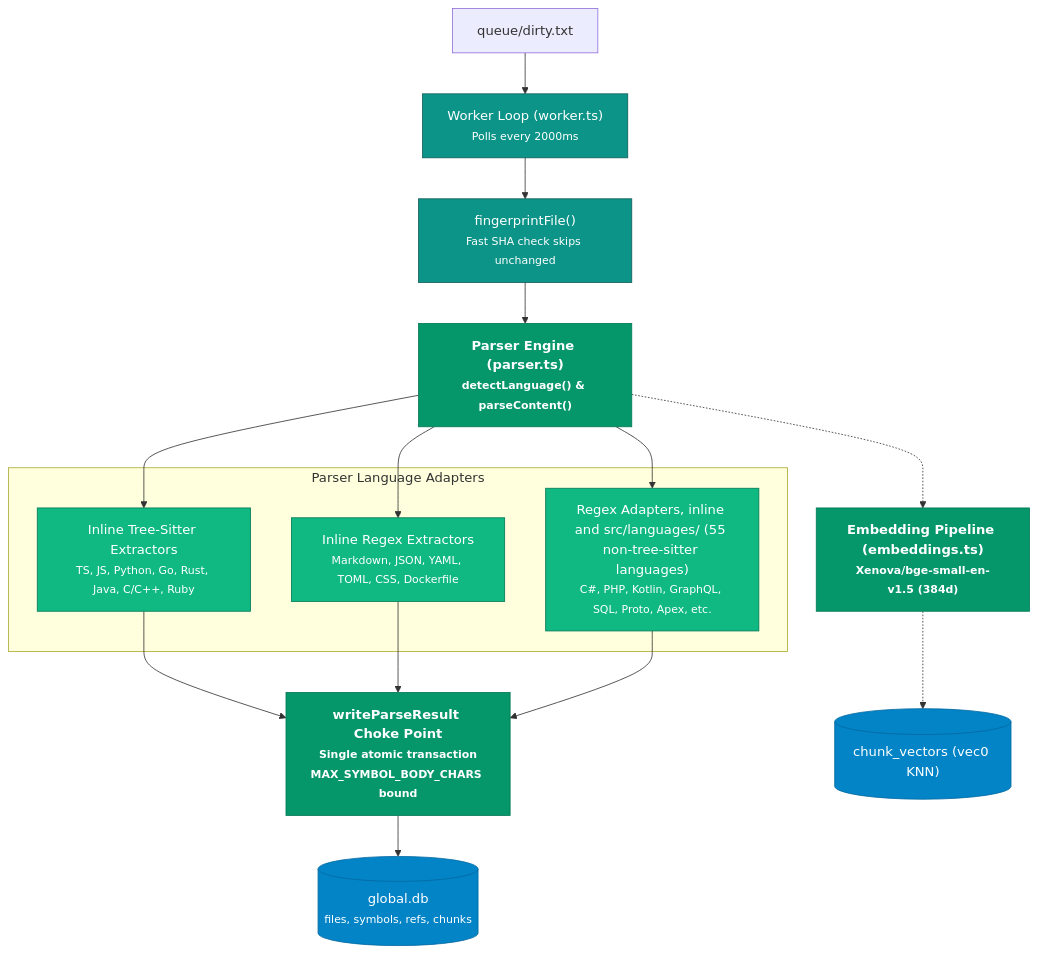
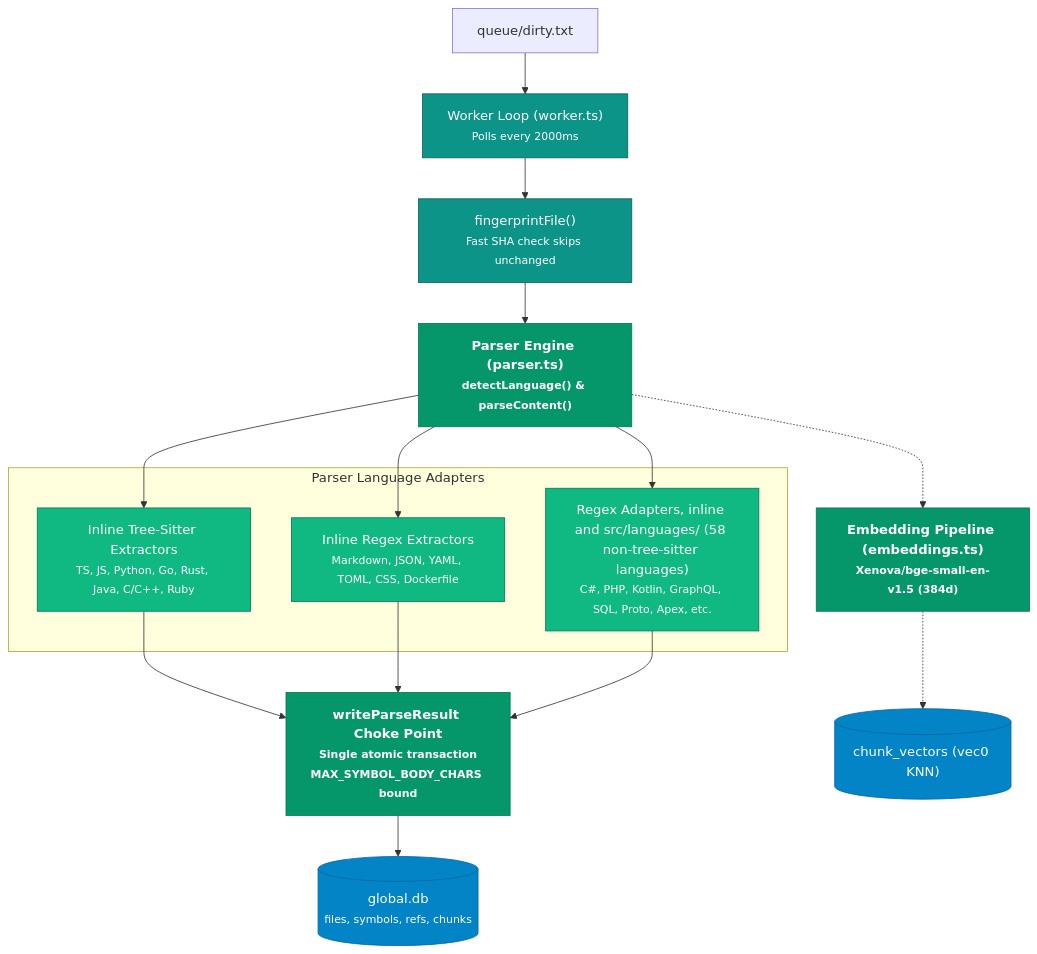
The fourth of 7 diagrams in demo/C4_RUNTIME_ARCHITECTURE.md (DFKHelper/token-goat), drawn with Mermaid before and after one commit. The commit also changed 22 other files, not shown here.

````diff
--- a/demo/C4_RUNTIME_ARCHITECTURE.md
+++ b/demo/C4_RUNTIME_ARCHITECTURE.md
@@ -190,30 +190,30 @@
 ```mermaid
 flowchart TB
     classDef parser fill:#059669,stroke:#047857,color:#ffffff,font-weight:bold;
     classDef worker fill:#0D9488,stroke:#115E59,color:#ffffff;
     classDef adapter fill:#10B981,stroke:#047857,color:#ffffff;
     classDef db fill:#0284C7,stroke:#0369A1,color:#ffffff;
 
     DirtyQueue["queue/dirty.txt"] --> WorkerLoop["Worker Loop (worker.ts)<br/><small>Polls every 2000ms</small>"]:::worker
     WorkerLoop --> Fingerprint["fingerprintFile()<br/><small>Fast SHA check skips unchanged</small>"]:::worker
     Fingerprint --> Parser["Parser Engine (parser.ts)<br/><small>detectLanguage() & parseContent()</small>"]:::parser
 
     subgraph ParserAdapters ["Parser Language Adapters"]
         TreeSitter["Inline Tree-Sitter Extractors<br/><small>TS, JS, Python, Go, Rust, Java, C/C++, Ruby</small>"]:::adapter
         RegexInline["Inline Regex Extractors<br/><small>Markdown, JSON, YAML, TOML, CSS, Dockerfile</small>"]:::adapter
-        LangAdapters["Regex Adapters, inline and src/languages/ (55 non-tree-sitter languages)<br/><small>C#, PHP, Kotlin, GraphQL, SQL, Proto, Apex, etc.</small>"]:::adapter
+        LangAdapters["Regex Adapters, inline and src/languages/ (58 non-tree-sitter languages)<br/><small>C#, PHP, Kotlin, GraphQL, SQL, Proto, Apex, etc.</small>"]:::adapter
     end
 
     Parser --> TreeSitter
     Parser --> RegexInline
     Parser --> LangAdapters
 
     TreeSitter --> ChokePoint["writeParseResult Choke Point<br/><small>Single atomic transaction<br/>MAX_SYMBOL_BODY_CHARS bound</small>"]:::parser
     RegexInline --> ChokePoint
     LangAdapters --> ChokePoint
 
     ChokePoint --> GlobalDB[("global.db<br/><small>files, symbols, refs, chunks</small>")]:::db
     
     Parser -.-> Embedder["Embedding Pipeline (embeddings.ts)<br/><small>Xenova/bge-small-en-v1.5 (384d)</small>"]:::parser
     Embedder -.-> VecDB[("chunk_vectors (vec0 KNN)")]:::db
 ```
````
